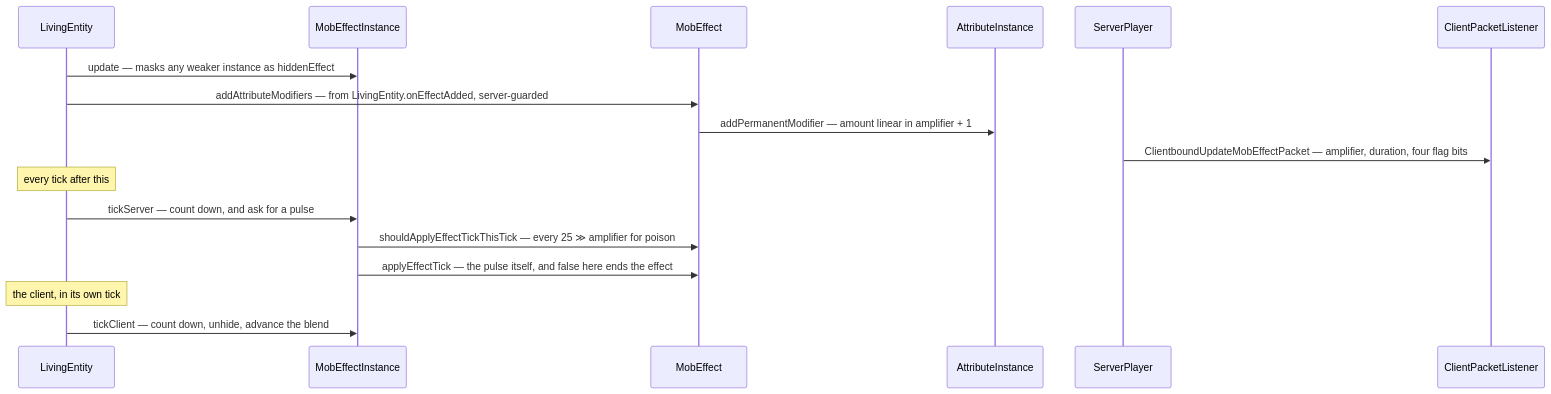
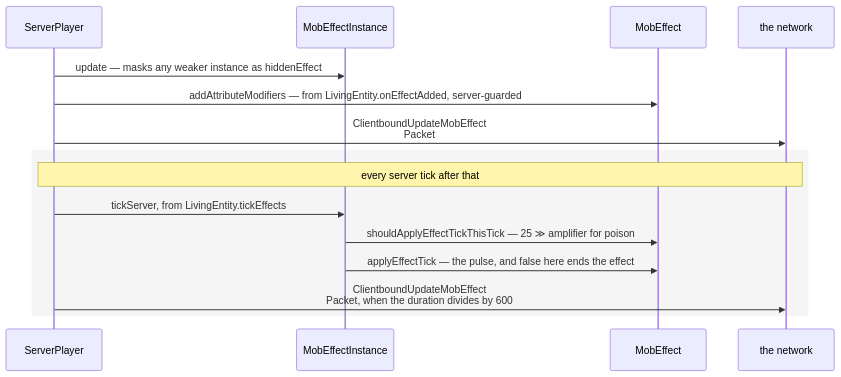
One commit to AlexanderjFraser/MinecraftDocs changed the first of 2 diagrams in src/systems/player/status-effects.md. Above: the diagram before and after it, drawn with Mermaid. The commit also changed other lines of this file and 12 other files, not shown here.

````diff
--- a/src/systems/player/status-effects.md
+++ b/src/systems/player/status-effects.md
@@ -166,20 +168,18 @@
 ```mermaid
 sequenceDiagram
-    participant LE as LivingEntity
+    participant SP as ServerPlayer
     participant MEI as MobEffectInstance
     participant ME as MobEffect
-    participant AttrI as AttributeInstance
-    participant SP as ServerPlayer
-    participant CPL as ClientPacketListener
+    participant Wire as the network
 
-    LE->>MEI: update — masks any weaker instance as hiddenEffect
-    LE->>ME: addAttributeModifiers — from LivingEntity.onEffectAdded, server-guarded
-    ME->>AttrI: addPermanentModifier — amount linear in amplifier + 1
-    SP->>CPL: ClientboundUpdateMobEffectPacket — amplifier, duration, four flag bits
-    Note over LE: every tick after this
-    LE->>MEI: tickServer — count down, and ask for a pulse
-    MEI->>ME: shouldApplyEffectTickThisTick — every 25 ≫ amplifier for poison
-    MEI->>ME: applyEffectTick — the pulse itself, and false here ends the effect
-    Note over LE: the client, in its own tick
-    LE->>MEI: tickClient — count down, unhide, advance the blend
+    SP->>MEI: update — masks any weaker instance as hiddenEffect
+    SP->>ME: addAttributeModifiers — from LivingEntity.onEffectAdded, server-guarded
+    SP->>Wire: ClientboundUpdateMobEffect<br/>Packet
+    rect rgba(0, 0, 0, 0.04)
+        Note over SP,Wire: every server tick after that
+        SP->>MEI: tickServer, from LivingEntity.tickEffects
+        MEI->>ME: shouldApplyEffectTickThisTick — 25 ≫ amplifier for poison
+        MEI->>ME: applyEffectTick — the pulse, and false here ends the effect
+        SP->>Wire: ClientboundUpdateMobEffect<br/>Packet, when the duration divides by 600
+    end
 ```
````
